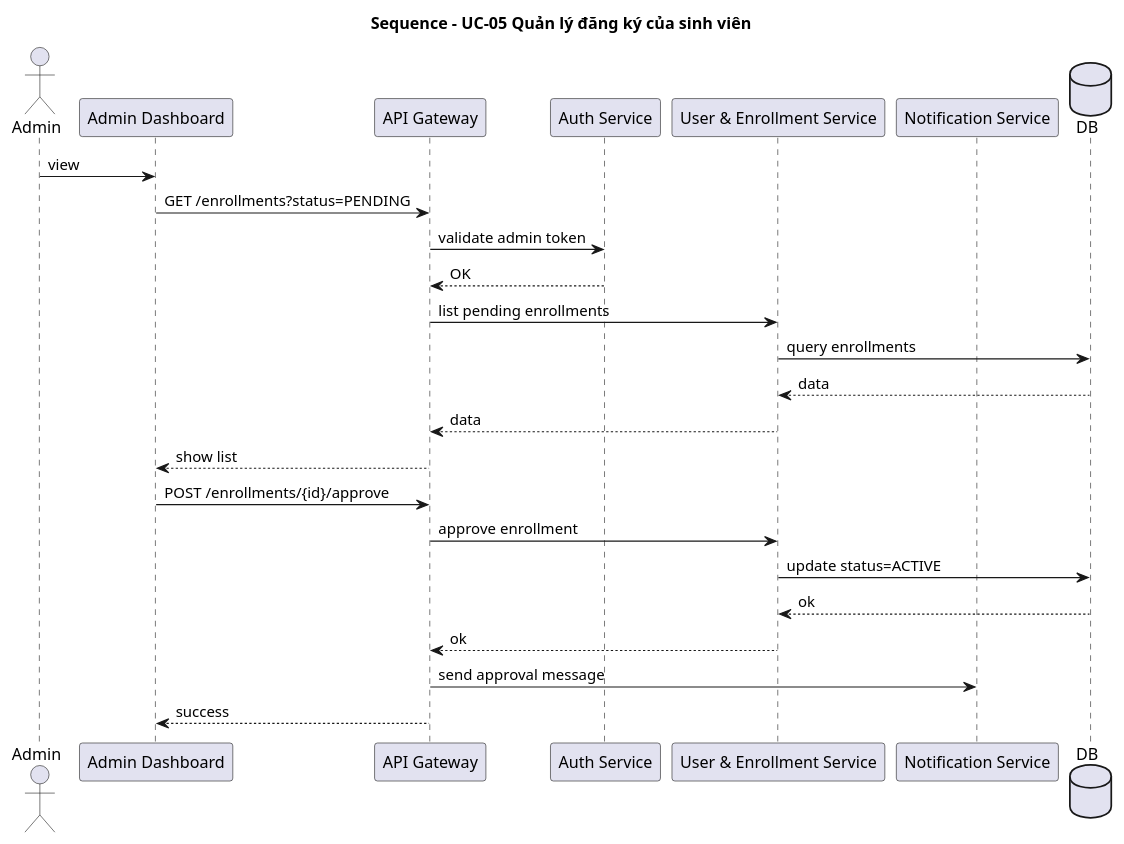
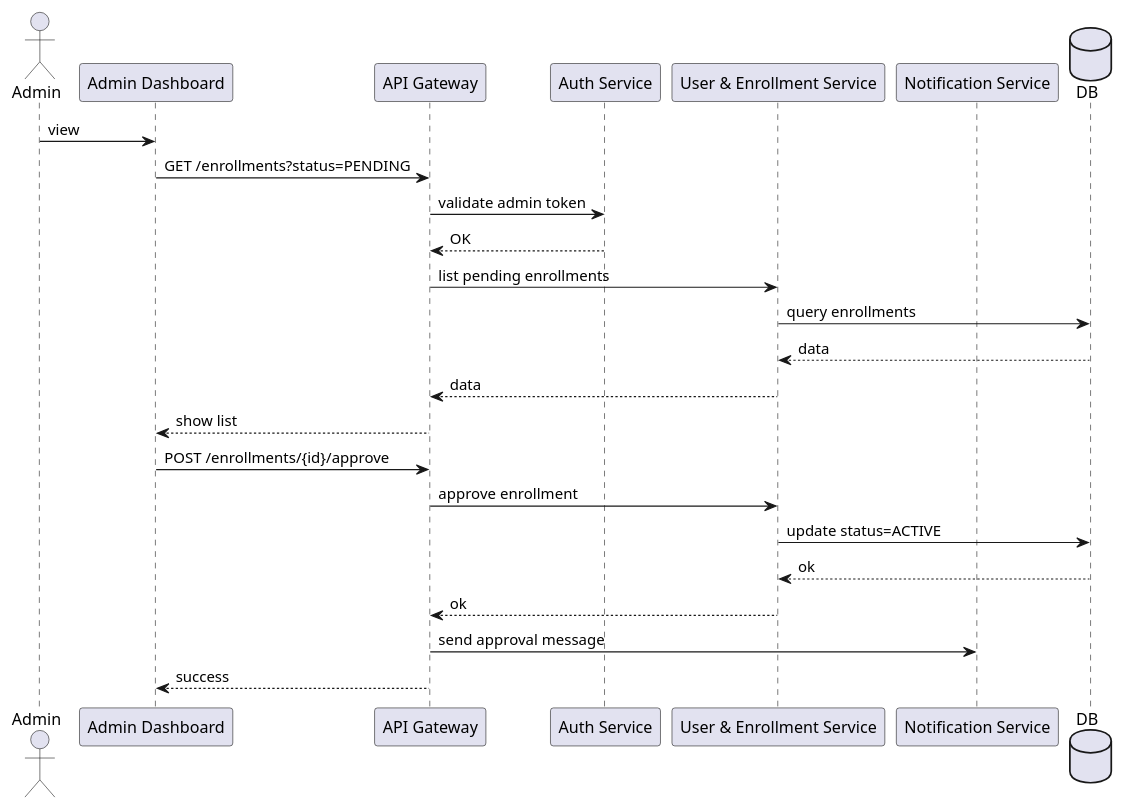
Before and after one commit to phuongbv00/hust-bus-stop: the diagram in docs/uml/sequence/sequence_uc05_admin_enrollment_mgmt.puml, drawn with PlantUML. The commit also changed 25 other files, not shown here.

Commit message:
docs: update diagrams

```diff
--- a/docs/uml/sequence/sequence_uc05_admin_enrollment_mgmt.puml
+++ b/docs/uml/sequence/sequence_uc05_admin_enrollment_mgmt.puml
@@ -1,28 +1,27 @@
 @startuml
-title Sequence - UC-05 Quản lý đăng ký của sinh viên
 actor "Admin" as Admin
 participant "Admin Dashboard" as AdminUI
 participant "API Gateway" as API
 participant "Auth Service" as Auth
 participant "User & Enrollment Service" as UserSvc
 participant "Notification Service" as Notif
 database "DB" as DB
 
 Admin -> AdminUI : view
 AdminUI -> API : GET /enrollments?status=PENDING
 API -> Auth : validate admin token
 Auth --> API : OK
 API -> UserSvc : list pending enrollments
 UserSvc -> DB : query enrollments
 DB --> UserSvc : data
 UserSvc --> API : data
 API --> AdminUI : show list
 
 AdminUI -> API : POST /enrollments/{id}/approve
 API -> UserSvc : approve enrollment
 UserSvc -> DB : update status=ACTIVE
 DB --> UserSvc : ok
 UserSvc --> API : ok
 API -> Notif : send approval message
 API --> AdminUI : success
 @enduml
```
